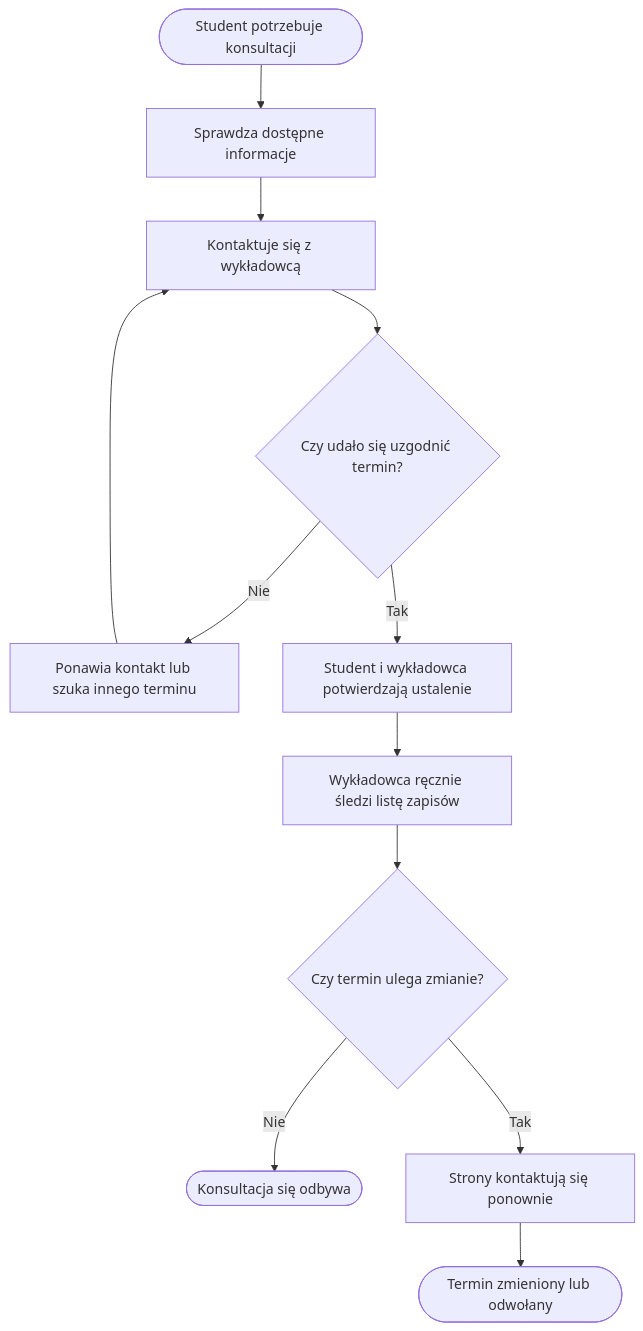
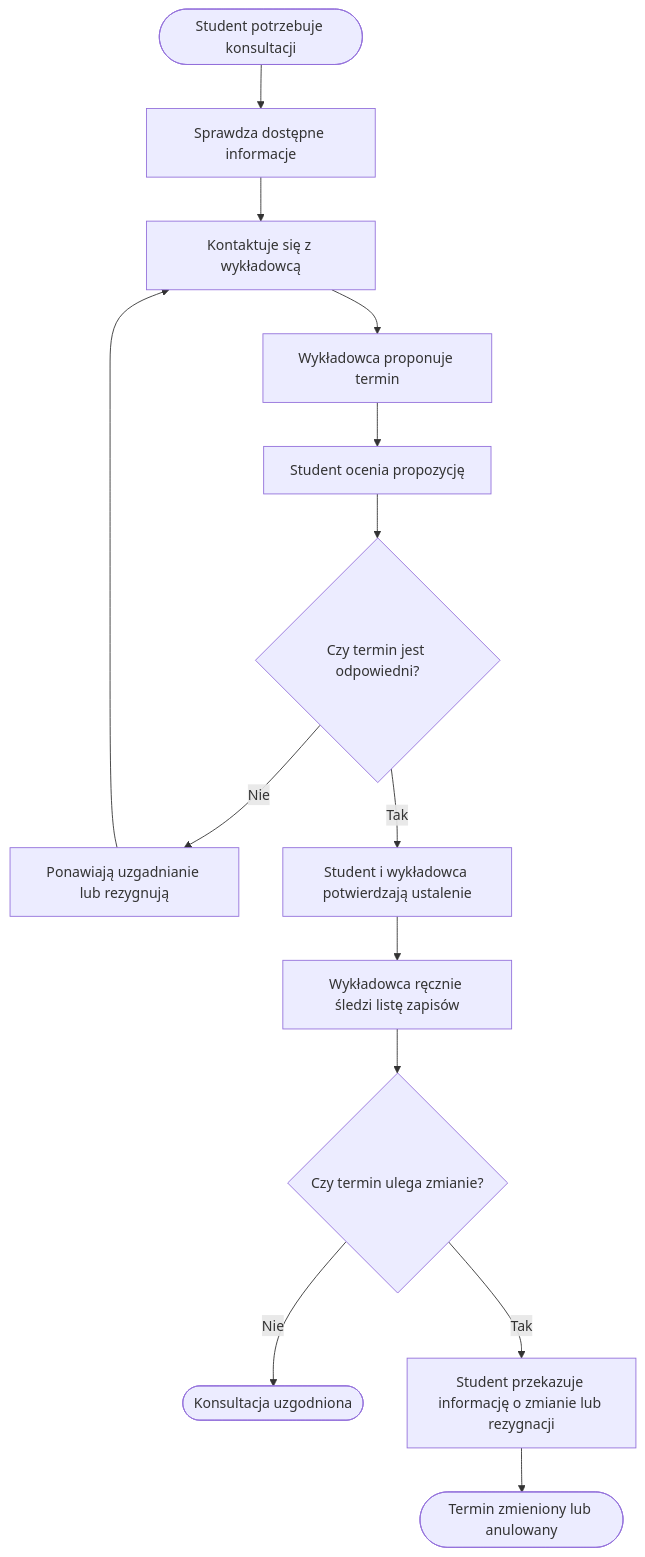
The diagram in docs/04-procesy/P-00-as-is-notatki.md (Grupa-WSPA-3/Projekt), drawn with Mermaid before and after one commit. The commit also changed other lines of this file and 19 other files, not shown here.

````diff
--- a/docs/04-procesy/P-00-as-is-notatki.md
+++ b/docs/04-procesy/P-00-as-is-notatki.md
@@ -22,14 +23,16 @@
 ```mermaid
 flowchart TD
     A([Student potrzebuje konsultacji]) --> B[Sprawdza dostępne informacje]
     B --> C[Kontaktuje się z wykładowcą]
-    C --> D{Czy udało się uzgodnić termin?}
-    D -->|Nie| E[Ponawia kontakt lub szuka innego terminu]
-    E --> C
-    D -->|Tak| F[Student i wykładowca potwierdzają ustalenie]
-    F --> G[Wykładowca ręcznie śledzi listę zapisów]
-    G --> H{Czy termin ulega zmianie?}
-    H -->|Nie| I([Konsultacja się odbywa])
-    H -->|Tak| J[Strony kontaktują się ponownie]
-    J --> K([Termin zmieniony lub odwołany])
+    C --> D[Wykładowca proponuje termin]
+    D --> E[Student ocenia propozycję]
+    E --> F{Czy termin jest odpowiedni?}
+    F -->|Nie| G[Ponawiają uzgadnianie lub rezygnują]
+    G --> C
+    F -->|Tak| H[Student i wykładowca potwierdzają ustalenie]
+    H --> I[Wykładowca ręcznie śledzi listę zapisów]
+    I --> J{Czy termin ulega zmianie?}
+    J -->|Nie| K([Konsultacja uzgodniona])
+    J -->|Tak| L[Student przekazuje informację o zmianie lub rezygnacji]
+    L --> M([Termin zmieniony lub anulowany])
 ```
````
